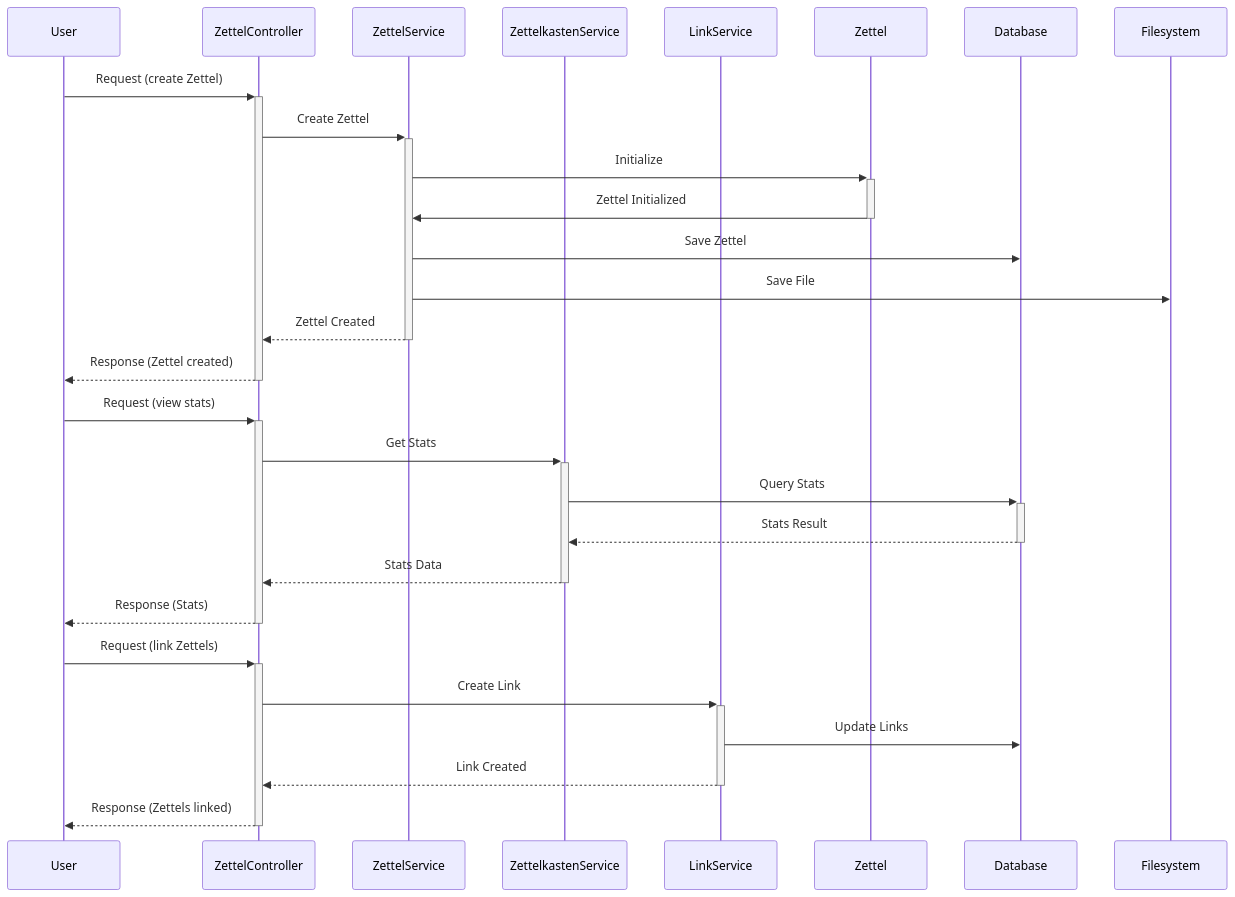
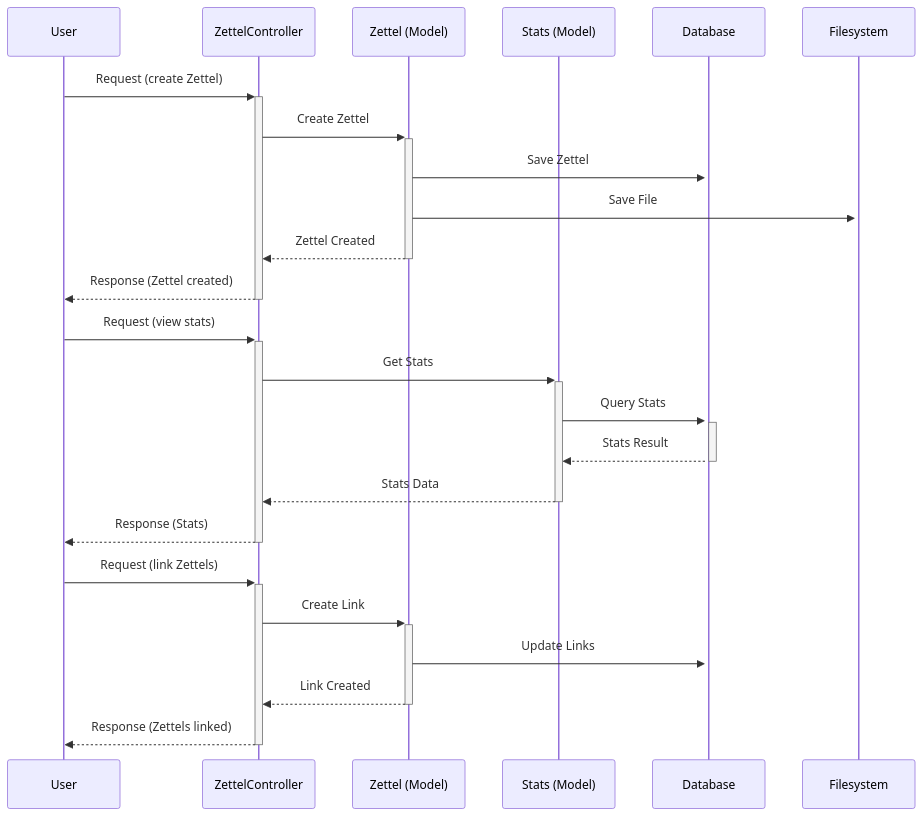
The first of 2 diagrams in ARCHITECTURE.md (Odas0R/zet-cmd), drawn with Mermaid before and after one commit. The commit also changed other lines of this file, not shown here.

Commit message:
updated architecture

````diff
--- a/ARCHITECTURE.md
+++ b/ARCHITECTURE.md
@@ -63,33 +63,31 @@
 ```mermaid
+
 sequenceDiagram
     participant User
     participant ZC as ZettelController
-    participant ZS as ZettelService
-    participant ZKS as ZettelkastenService
-    participant LS as LinkService
-    participant Z as Zettel
+    participant Z as Zettel (Model)
+    participant SM as Stats (Model)
     participant DB as Database
     participant FS as Filesystem
 
     User->>+ZC: Request (create Zettel)
-    ZC->>+ZS: Create Zettel
-    ZS->>+Z: Initialize
-    Z->>-ZS: Zettel Initialized
-    ZS->>DB: Save Zettel
-    ZS->>FS: Save File
-    ZS-->>-ZC: Zettel Created
+    ZC->>+Z: Create Zettel
+    Z->>+DB: Save Zettel
+    Z->>+FS: Save File
+    Z-->>-ZC: Zettel Created
     ZC-->>-User: Response (Zettel created)
 
     User->>+ZC: Request (view stats)
-    ZC->>+ZKS: Get Stats
-    ZKS->>+DB: Query Stats
-    DB-->>-ZKS: Stats Result
-    ZKS-->>-ZC: Stats Data
+    ZC->>+SM: Get Stats
+    SM->>+DB: Query Stats
+    DB-->>-SM: Stats Result
+    SM-->>-ZC: Stats Data
     ZC-->>-User: Response (Stats)
 
     User->>+ZC: Request (link Zettels)
-    ZC->>+LS: Create Link
-    LS->>DB: Update Links
-    LS-->>-ZC: Link Created
+    ZC->>+Z: Create Link
+    Z->>DB: Update Links
+    Z-->>-ZC: Link Created
     ZC-->>-User: Response (Zettels linked)
+
 ```
````
